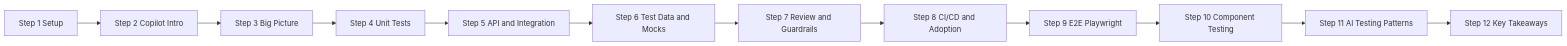
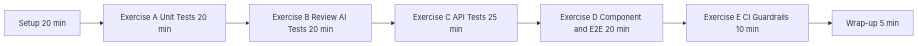
The first of 13 diagrams in docs/tutorials/workshop-flows.md (moatazeldebsy/copilot-testing-workshop), drawn with Mermaid before and after one commit. The commit also changed other lines of this file and 6 other files, not shown here.

````diff
--- a/docs/tutorials/workshop-flows.md
+++ b/docs/tutorials/workshop-flows.md
@@ -32,14 +32,9 @@
 ```mermaid
 flowchart LR
-  A[Step 1 Setup] --> B[Step 2 Copilot Intro]
-  B --> C[Step 3 Big Picture]
-  C --> D[Step 4 Unit Tests]
-  D --> E[Step 5 API and Integration]
-  E --> F[Step 6 Test Data and Mocks]
-  F --> G[Step 7 Review and Guardrails]
-  G --> H[Step 8 CI/CD and Adoption]
-  H --> I[Step 9 E2E Playwright]
-  I --> J[Step 10 Component Testing]
-  J --> K[Step 11 AI Testing Patterns]
-  K --> L[Step 12 Key Takeaways]
+  A[Setup 20 min] --> B[Exercise A Unit Tests 20 min]
+  B --> C[Exercise B Review AI Tests 20 min]
+  C --> D[Exercise C API Tests 25 min]
+  D --> E[Exercise D Component and E2E 20 min]
+  E --> F[Exercise E CI Guardrails 10 min]
+  F --> G[Wrap-up 5 min]
 ```
````
